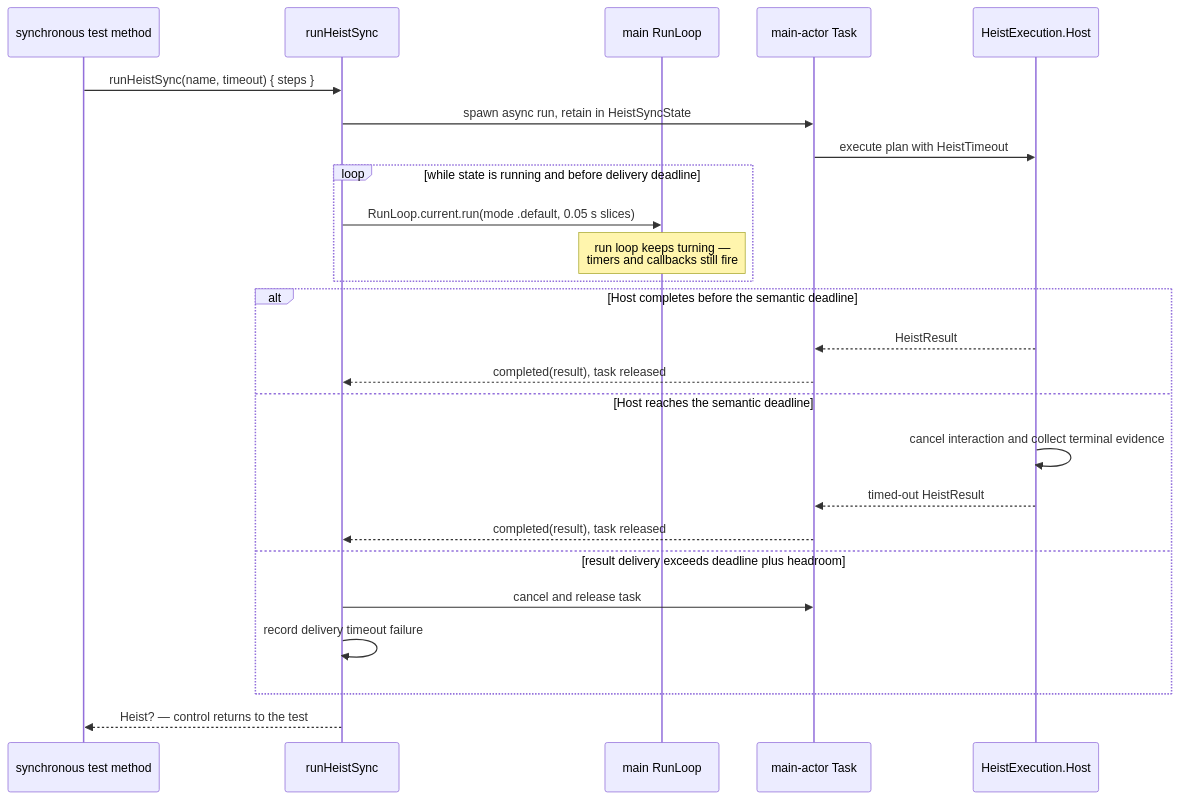
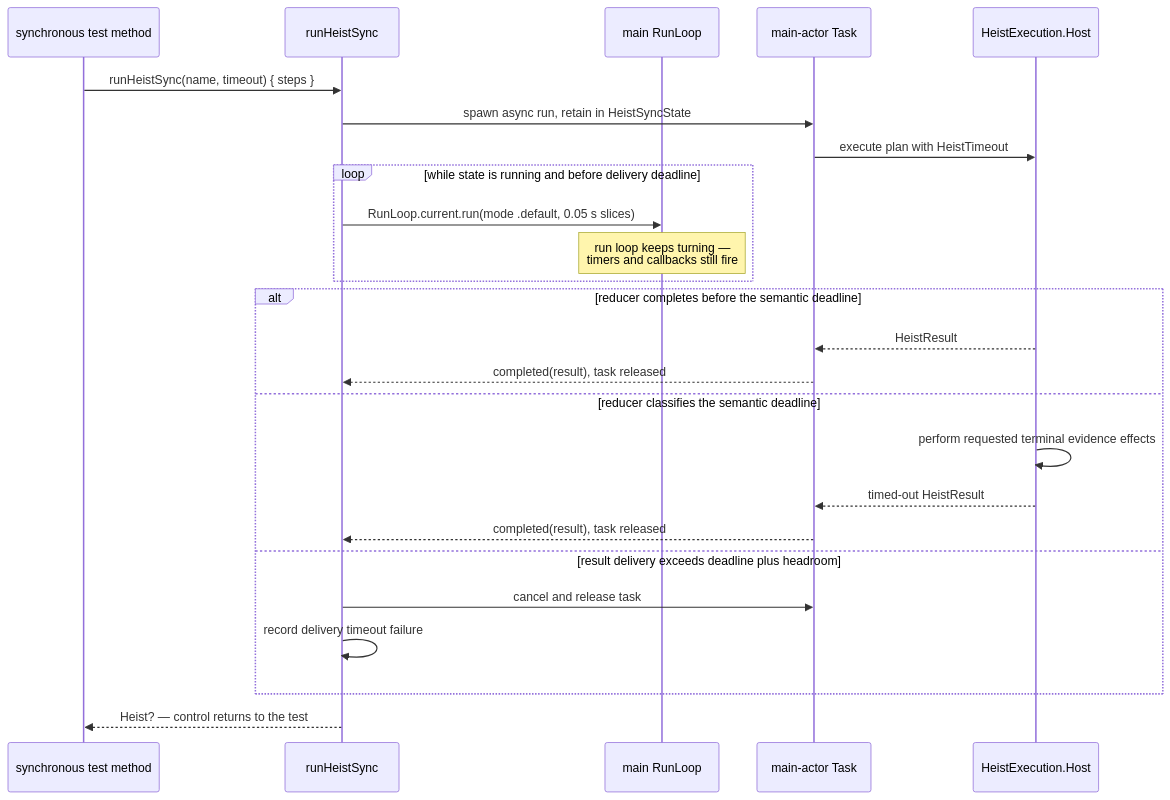
One commit to RoyalPineapple/TheButtonHeist changed the second of 4 diagrams in docs/diagrams/test-entry-points.md. Above: the diagram before and after it, drawn with Mermaid. The commit also changed other lines of this file and 50 other files, not shown here.

````diff
--- a/docs/diagrams/test-entry-points.md
+++ b/docs/diagrams/test-entry-points.md
@@ -26,28 +26,28 @@
 ```mermaid
 sequenceDiagram
     participant Test as synchronous test method
     participant Sync as runHeistSync
     participant RL as main RunLoop
     participant Task as main-actor Task
     participant Host as HeistExecution.Host
 
     Test->>Sync: runHeistSync(name, timeout) { steps }
     Sync->>Task: spawn async run, retain in HeistSyncState
     Task->>Host: execute plan with HeistTimeout
     loop while state is running and before delivery deadline
         Sync->>RL: RunLoop.current.run(mode .default, 0.05 s slices)
         Note over RL: run loop keeps turning —<br/>timers and callbacks still fire
     end
-    alt Host completes before the semantic deadline
+    alt reducer completes before the semantic deadline
         Host-->>Task: HeistResult
         Task-->>Sync: completed(result), task released
-    else Host reaches the semantic deadline
-        Host->>Host: cancel interaction and collect terminal evidence
+    else reducer classifies the semantic deadline
+        Host->>Host: perform requested terminal evidence effects
         Host-->>Task: timed-out HeistResult
         Task-->>Sync: completed(result), task released
     else result delivery exceeds deadline plus headroom
         Sync->>Task: cancel and release task
         Sync->>Sync: record delivery timeout failure
     end
     Sync-->>Test: Heist? — control returns to the test
 ```
````
